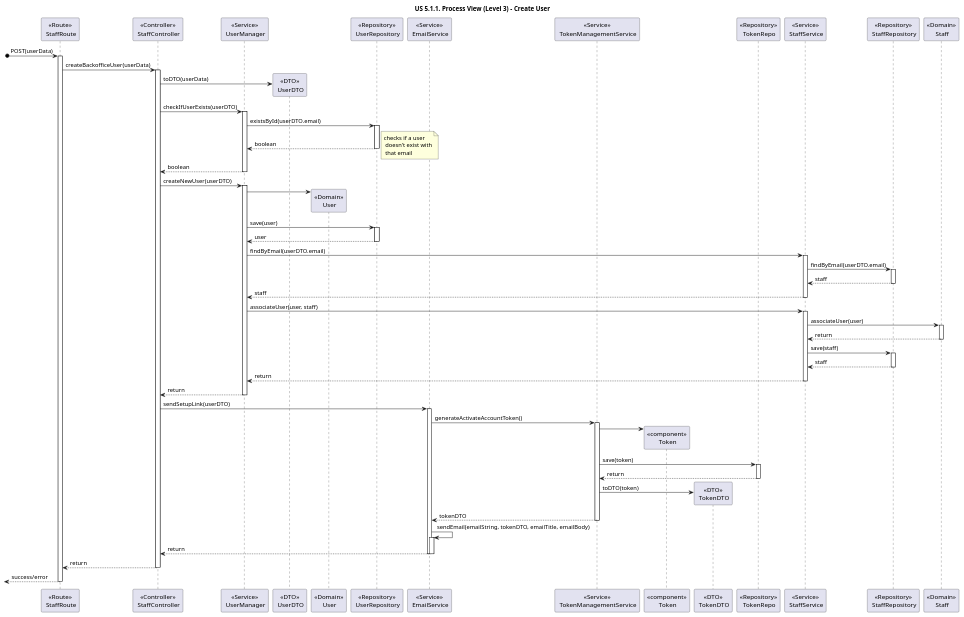
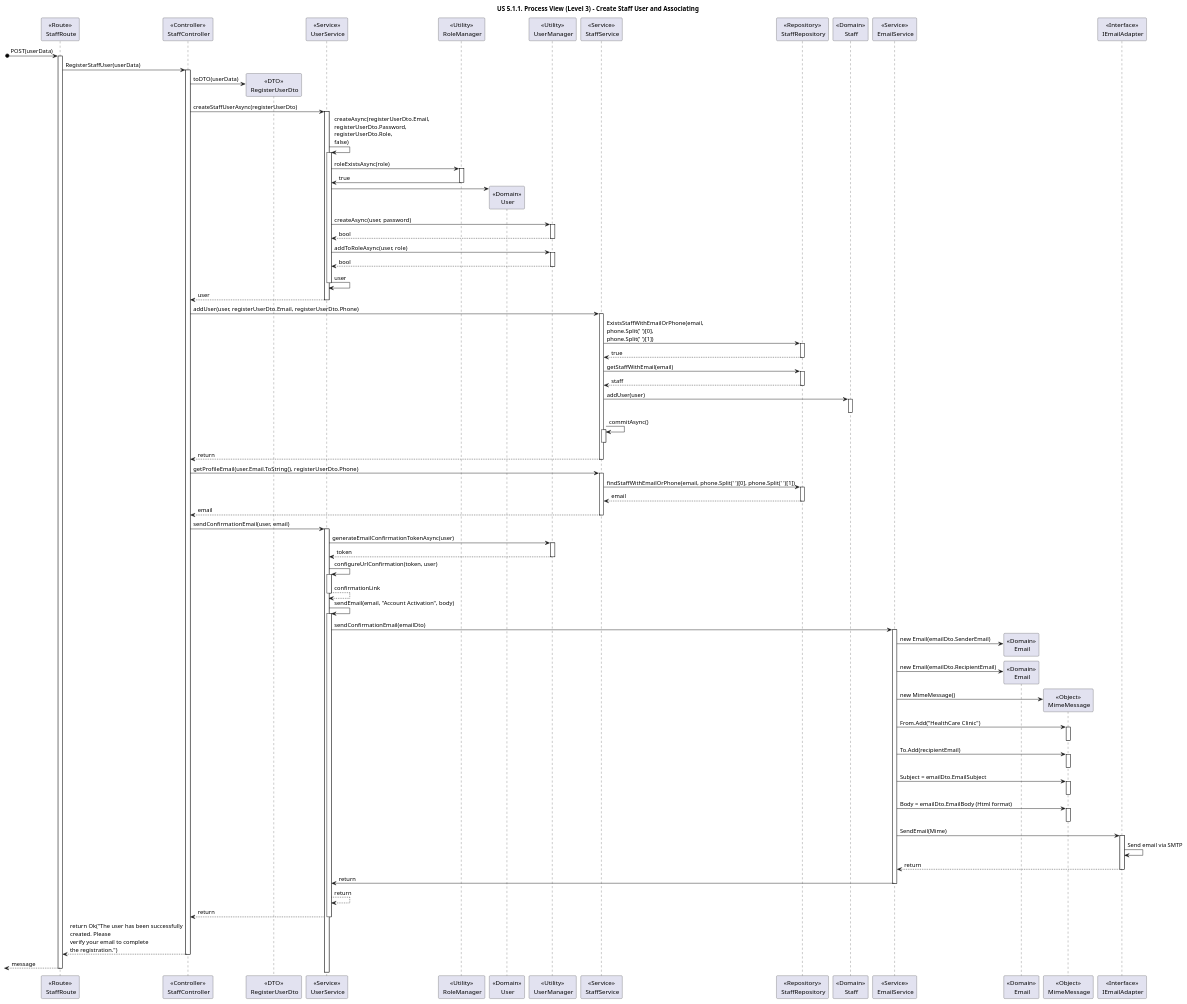
Before and after one commit to rita-barbosa/LAPR5-2425: the diagram in docs/sprint-1/1220738/us-5.1.1/Diagrams/Views/process-view-level-3-user.puml, drawn with PlantUML. The commit also changed 8 other files, not shown here.

```diff
--- a/docs/sprint-1/1220738/us-5.1.1/Diagrams/Views/process-view-level-3-user.puml
+++ b/docs/sprint-1/1220738/us-5.1.1/Diagrams/Views/process-view-level-3-user.puml
@@ -1,112 +1,136 @@
 @startuml
-title "US 5.1.1. Process View (Level 3) - Create User"
+title "US 5.1.1. Process View (Level 3) - Create Staff User and Associating"
 
 participant "<<Route>>\n StaffRoute" as ROUTE
 participant "<<Controller>>\n StaffController" as CONTROL
-
-participant "<<Service>>\n UserManager" as AUTHServ
-participant "<<DTO>>\n UserDTO" as UserDTO
+participant "<<DTO>>\n RegisterUserDto" as UserDTO
+participant "<<Service>>\n UserService" as AUTHServ
+participant "<<Utility>>\n RoleManager" as ROLEMan
 participant "<<Domain>>\n User" as USER
-participant "<<Repository>>\n UserRepository" as AUTHRepo
-
-participant "<<Service>>\n EmailService" as EMAILServ
-
-participant "<<Service>>\n TokenManagementService" as TOKENServ
-participant "<<component>>\n Token" as TOKEN
-participant "<<DTO>>\n TokenDTO" as TOKENDTO
-participant "<<Repository>>\n TokenRepo" as TOKENRepo
-
+participant "<<Utility>>\n UserManager" as USERMan
 participant "<<Service>>\n StaffService" as STAFFServ
 participant "<<Repository>>\n StaffRepository" as STAFFRepo
 participant "<<Domain>>\n Staff" as STAFF
-
+participant "<<Service>>\n EmailService" as EMAILServ
+participant "<<Domain>>\n Email" as EMAIL
+participant "<<Object>>\n MimeMessage" as Mime
+participant "<<Interface>>\n IEmailAdapter" as IEmailAdapter
 
 [o-> ROUTE : POST(userData)
 Activate ROUTE
 
-ROUTE -> CONTROL : createBackofficeUser(userData)
+ROUTE -> CONTROL : RegisterStaffUser(userData)
 Activate CONTROL
 
 CONTROL -> UserDTO** : toDTO(userData)
-CONTROL -> AUTHServ : checkIfUserExists(userDTO)
+CONTROL -> AUTHServ : createStaffUserAsync(registerUserDto)
 Activate AUTHServ
+AUTHServ -> AUTHServ : createAsync(registerUserDto.Email,\nregisterUserDto.Password,\nregisterUserDto.Role,\nfalse)
+activate AUTHServ
+AUTHServ -> ROLEMan : roleExistsAsync(role) 
+activate ROLEMan
+ROLEMan -> AUTHServ : true
+deactivate ROLEMan
+AUTHServ -> USER**
 
-AUTHServ -> AUTHRepo : existsById(userDTO.email)
-Activate AUTHRepo
+AUTHServ -> USERMan : createAsync(user, password)
+activate USERMan
+USERMan --> AUTHServ : bool
+deactivate USERMan
 
-AUTHRepo --> AUTHServ : boolean
-note right : checks if a user\n doesn't exist with\n that email
-Deactivate AUTHRepo
+AUTHServ -> USERMan : addToRoleAsync(user, role)
+activate USERMan
+USERMan --> AUTHServ : bool
+deactivate USERMan
+AUTHServ -> AUTHServ : user
+deactivate AUTHServ
+AUTHServ --> CONTROL : user
+deactivate AUTHServ
 
-AUTHServ --> CONTROL : boolean
-Deactivate AUTHServ
+CONTROL -> STAFFServ : addUser(user, registerUserDto.Email, registerUserDto.Phone)
+activate STAFFServ
+STAFFServ -> STAFFRepo : ExistsStaffWithEmailOrPhone(email,\nphone.Split(' ')[0],\nphone.Split(' ')[1])
+activate STAFFRepo
+STAFFRepo --> STAFFServ : true
+deactivate STAFFRepo
 
-CONTROL -> AUTHServ : createNewUser(userDTO)
-Activate AUTHServ
+STAFFServ -> STAFFRepo : getStaffWithEmail(email)
+activate STAFFRepo
+STAFFRepo --> STAFFServ : staff
+deactivate STAFFRepo
 
-AUTHServ -> USER**
-AUTHServ -> AUTHRepo : save(user)
-Activate AUTHRepo
+STAFFServ -> STAFF : addUser(user)
+activate STAFF
+deactivate STAFF
 
-AUTHRepo --> AUTHServ : user
-Deactivate AUTHRepo
-
-AUTHServ -> STAFFServ : findByEmail(userDTO.email)
+STAFFServ -> STAFFServ : commitAsync()
 activate STAFFServ
-STAFFServ -> STAFFRepo : findByEmail(userDTO.email)
-Activate STAFFRepo
-
-STAFFRepo --> STAFFServ : staff
-Deactivate STAFFRepo
-STAFFServ --> AUTHServ : staff
-deactivate STAFFServ
-AUTHServ -> STAFFServ : associateUser(user, staff)
-activate STAFFServ
-STAFFServ -> STAFF : associateUser(user)
-activate STAFF
-STAFF --> STAFFServ : return
-deactivate STAFF
-STAFFServ -> STAFFRepo : save(staff)
-Activate STAFFRepo
-STAFFRepo --> STAFFServ : staff
-Deactivate STAFFRepo
-STAFFServ --> AUTHServ : return
 deactivate STAFFServ
 
+STAFFServ --> CONTROL : return
+deactivate STAFFServ
+
+CONTROL -> STAFFServ : getProfileEmail(user.Email.ToString(), registerUserDto.Phone)
+activate STAFFServ
+STAFFServ -> STAFFRepo : findStaffWithEmailOrPhone(email, phone.Split(' ')[0], phone.Split(' ')[1])
+activate STAFFRepo 
+STAFFRepo --> STAFFServ : email
+deactivate STAFFRepo
+STAFFServ --> CONTROL : email
+deactivate STAFFServ
+
+CONTROL -> AUTHServ : sendConfirmationEmail(user, email)
+
+activate AUTHServ
+AUTHServ -> USERMan : generateEmailConfirmationTokenAsync(user)
+activate USERMan
+USERMan --> AUTHServ : token
+deactivate USERMan
+
+AUTHServ -> AUTHServ : configureUrlConfirmation(token, user)
+activate AUTHServ
+AUTHServ --> AUTHServ : confirmationLink
+deactivate AUTHServ
+
+AUTHServ -> AUTHServ : sendEmail(email, "Account Activation", body)
+activate AUTHServ
+AUTHServ -> EMAILServ : sendConfirmationEmail(emailDto)
+activate EMAILServ
+
+EMAILServ -> EMAIL**: new Email(emailDto.SenderEmail)
+EMAILServ -> EMAIL**: new Email(emailDto.RecipientEmail)
+
+EMAILServ -> Mime**: new MimeMessage()
+EMAILServ -> Mime: From.Add("HealthCare Clinic")
+activate Mime
+deactivate Mime
+EMAILServ -> Mime: To.Add(recipientEmail)
+activate Mime
+deactivate Mime
+EMAILServ -> Mime: Subject = emailDto.EmailSubject
+activate Mime
+deactivate Mime
+EMAILServ -> Mime: Body = emailDto.EmailBody (Html format)
+activate Mime
+deactivate Mime
+
+EMAILServ -> IEmailAdapter: SendEmail(Mime)
+activate IEmailAdapter
+
+IEmailAdapter -> IEmailAdapter: Send email via SMTP
+IEmailAdapter --> EMAILServ : return
+deactivate IEmailAdapter
+EMAILServ -> AUTHServ : return
+deactivate EMAILServ
+AUTHServ --> AUTHServ : return
 AUTHServ --> CONTROL : return
 deactivate AUTHServ
 
-CONTROL -> EMAILServ : sendSetupLink(userDTO)
-Activate EMAILServ
-
-EMAILServ -> TOKENServ : generateActivateAccountToken()
-activate TOKENServ
-
-TOKENServ -> TOKEN **
-
-TOKENServ -> TOKENRepo : save(token)
-activate TOKENRepo
-
-TOKENRepo --> TOKENServ : return
-deactivate TOKENRepo
-
-TOKENServ -> TOKENDTO ** : toDTO(token)
-
-TOKENServ --> EMAILServ : tokenDTO
-deactivate TOKENServ
-
-EMAILServ -> EMAILServ : sendEmail(emailString, tokenDTO, emailTitle, emailBody)
-Activate EMAILServ
-
-EMAILServ --> CONTROL : return
-deactivate EMAILServ
-deactivate EMAILServ
-
-CONTROL --> ROUTE : return
+CONTROL --> ROUTE : return Ok("The user has been successfully\ncreated. Please\nverify your email to complete\nthe registration.")
 deactivate CONTROL
 
 Deactivate CONTROL
-<-- ROUTE : success/error
+<-- ROUTE : message
 
 Deactivate ROUTE
 @enduml
```
